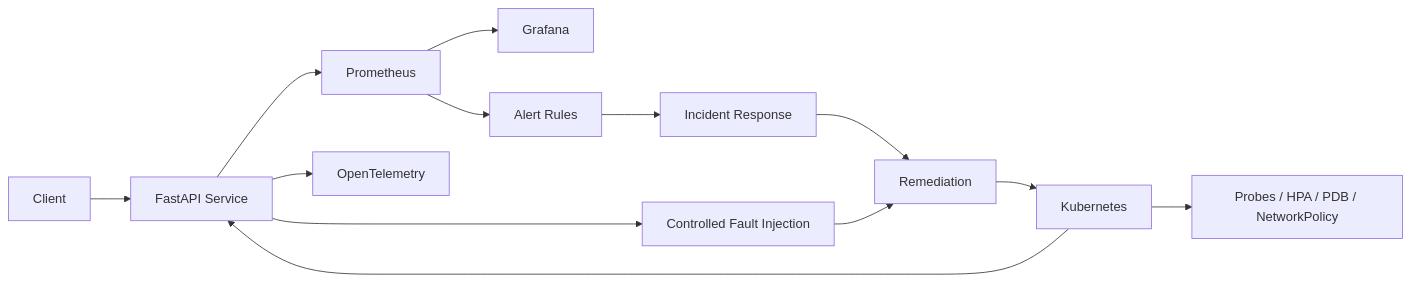
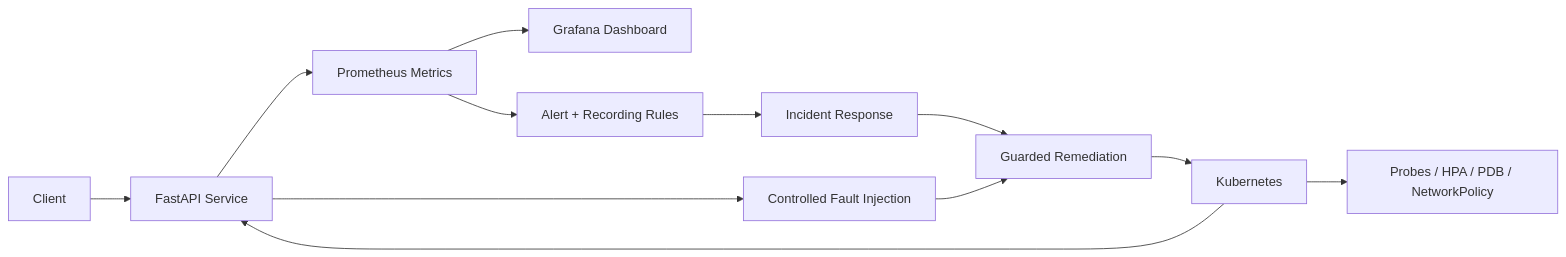
Before and after one commit to obinna-obika-devops/sre-reliability-engineering-lab: the diagram in README.md, drawn with Mermaid. The commit also changed other lines of this file, not shown here.

````diff
--- a/README.md
+++ b/README.md
@@ -17,15 +17,14 @@
 ```mermaid
 flowchart LR
     U[Client] --> A[FastAPI Service]
-    A --> M[Prometheus]
-    A --> O[OpenTelemetry]
-    M --> G[Grafana]
-    M --> R[Alert Rules]
+    A --> M[Prometheus Metrics]
+    M --> G[Grafana Dashboard]
+    M --> R[Alert + Recording Rules]
     R --> I[Incident Response]
-    I --> X[Remediation]
+    I --> X[Guarded Remediation]
     A --> F[Controlled Fault Injection]
     F --> X
     K[Kubernetes] --> A
     K --> P[Probes / HPA / PDB / NetworkPolicy]
     X --> K
 ```
````
